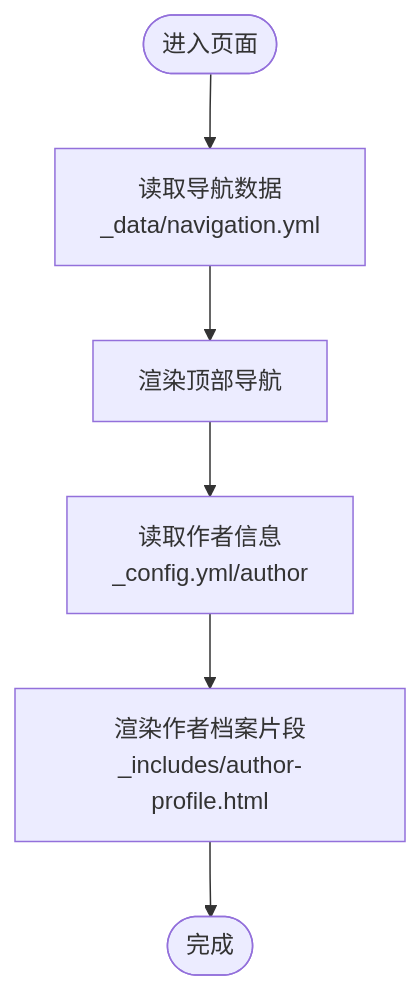
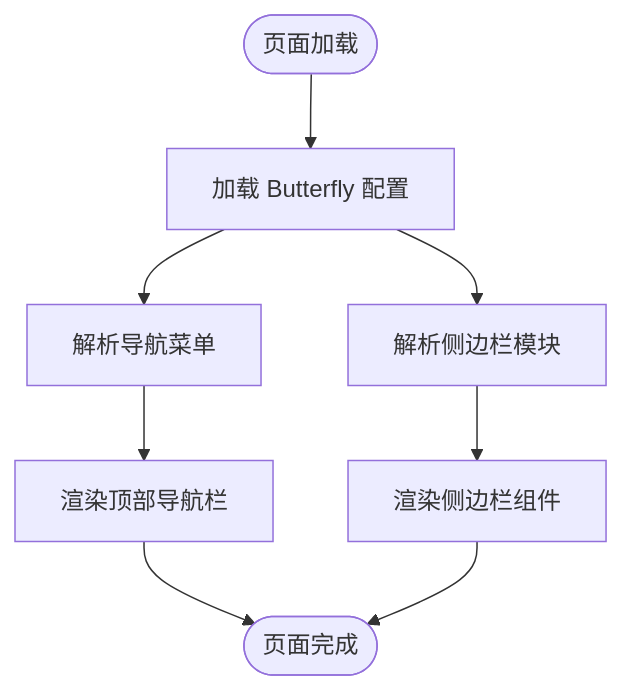
Before and after one commit to CoolPig0720/CoolPig0720.github.io: the fourth of 8 diagrams in .qoder/repowiki/zh/content/项目概述/项目概述.md, drawn with Mermaid. The commit also changed other lines of this file and 36 other files, not shown here.

````diff
--- a/.qoder/repowiki/zh/content/项目概述/项目概述.md
+++ b/.qoder/repowiki/zh/content/项目概述/项目概述.md
@@ -269,8 +256,10 @@
 ```mermaid
 flowchart TD
-Start(["进入页面"]) --> LoadNav["读取导航数据<br/>_data/navigation.yml"]
-LoadNav --> RenderHeader["渲染顶部导航"]
-RenderHeader --> LoadAuthor["读取作者信息<br/>_config.yml/author"]
-LoadAuthor --> RenderProfile["渲染作者档案片段<br/>_includes/author-profile.html"]
-RenderProfile --> End(["完成"])
+Start(["页面加载"]) --> LoadTheme["加载 Butterfly 配置"]
+LoadTheme --> ParseNav["解析导航菜单"]
+ParseNav --> RenderNav["渲染顶部导航栏"]
+LoadTheme --> ParseSidebar["解析侧边栏模块"]
+ParseSidebar --> RenderSidebar["渲染侧边栏组件"]
+RenderNav --> Complete(["页面完成"])
+RenderSidebar --> Complete
 ```
````
